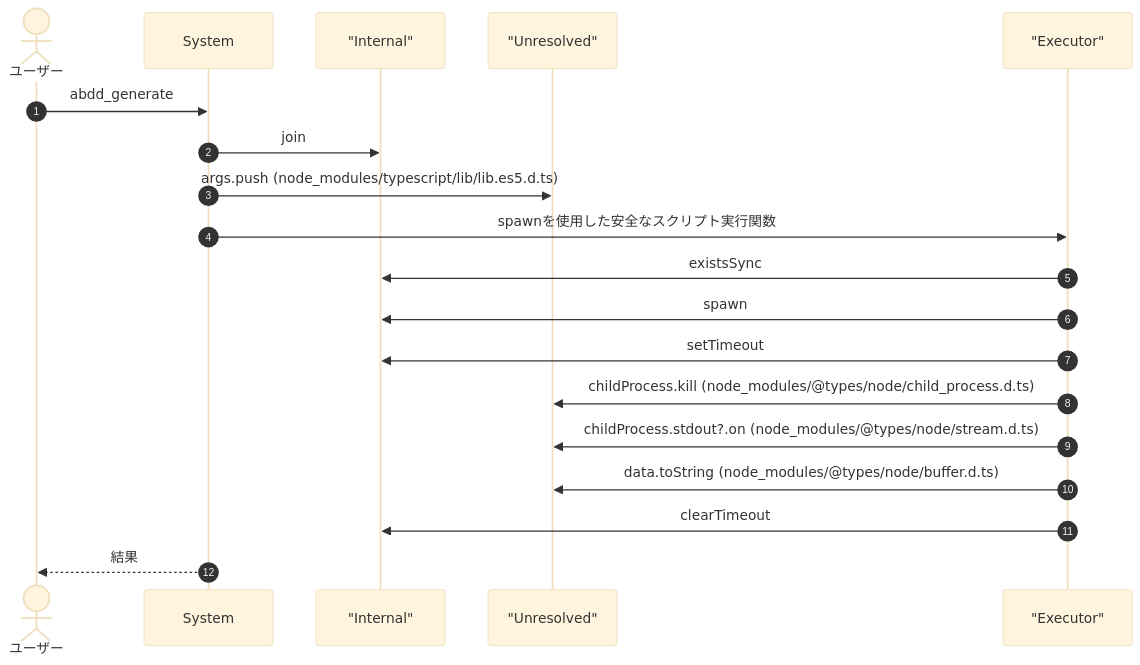
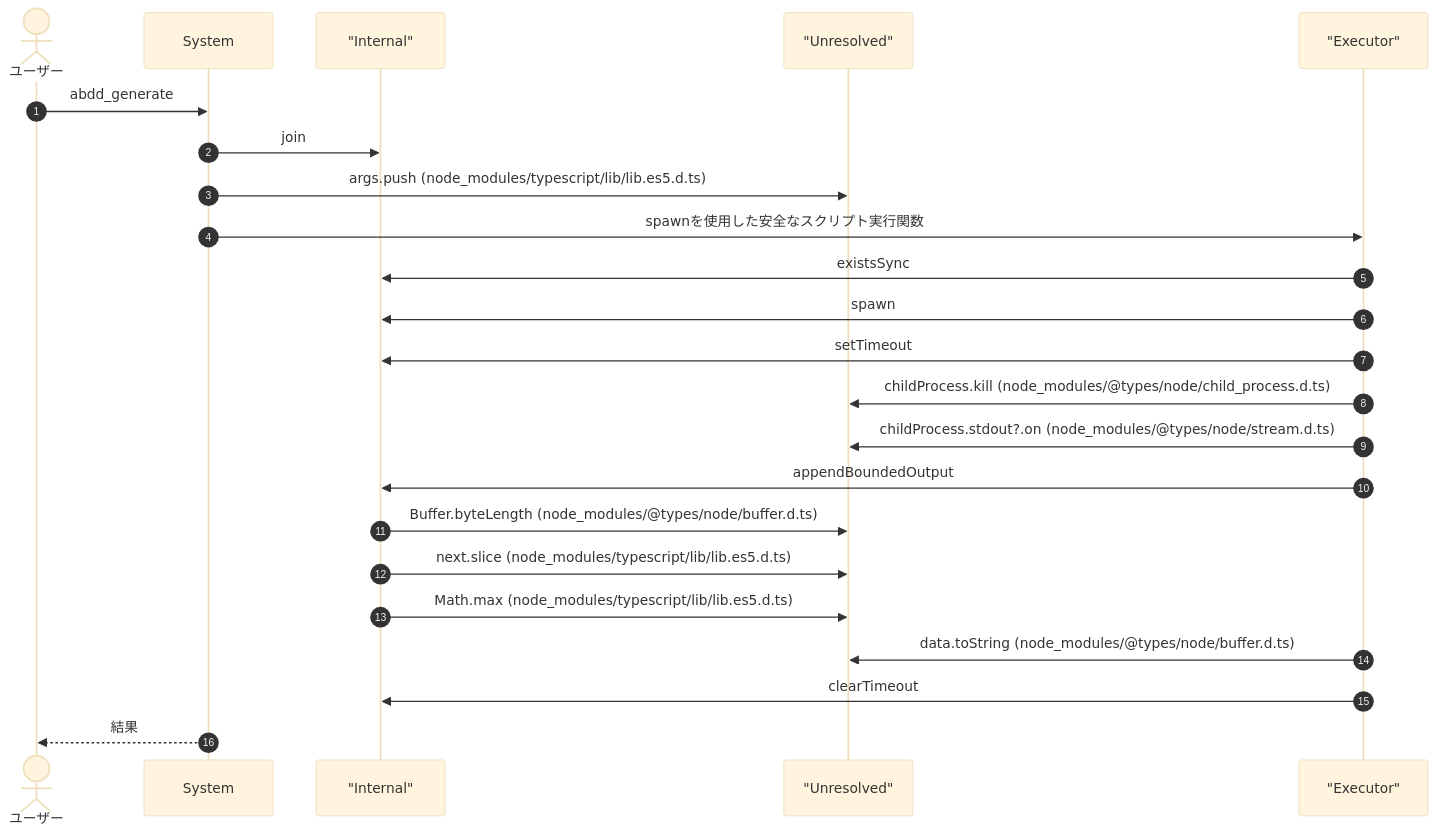
One commit to Mekann2904/mekann changed the first of 7 diagrams in ABDD/.pi/extensions/abdd.md. Above: the diagram before and after it, drawn with Mermaid (base theme). The commit also changed other lines of this file and 205 other files, not shown here.

````diff
--- a/ABDD/.pi/extensions/abdd.md
+++ b/ABDD/.pi/extensions/abdd.md
@@ -40,23 +40,27 @@
 ```mermaid
 sequenceDiagram
   autonumber
   actor User as ユーザー
   participant System as System
   participant Internal as "Internal"
   participant Unresolved as "Unresolved"
   participant Executor as "Executor"
 
   User->>System: abdd_generate
   System->>Internal: join
   System->>Unresolved: args.push (node_modules/typescript/lib/lib.es5.d.ts)
   System->>Executor: spawnを使用した安全なスクリプト実行関数
   Executor->>Internal: existsSync
   Executor->>Internal: spawn
   Executor->>Internal: setTimeout
   Executor->>Unresolved: childProcess.kill (node_modules/@types/node/child_process.d.ts)
   Executor->>Unresolved: childProcess.stdout?.on (node_modules/@types/node/stream.d.ts)
+  Executor->>Internal: appendBoundedOutput
+  Internal->>Unresolved: Buffer.byteLength (node_modules/@types/node/buffer.d.ts)
+  Internal->>Unresolved: next.slice (node_modules/typescript/lib/lib.es5.d.ts)
+  Internal->>Unresolved: Math.max (node_modules/typescript/lib/lib.es5.d.ts)
   Executor->>Unresolved: data.toString (node_modules/@types/node/buffer.d.ts)
   Executor->>Internal: clearTimeout
   System-->>User: 結果
 
 ```
````
